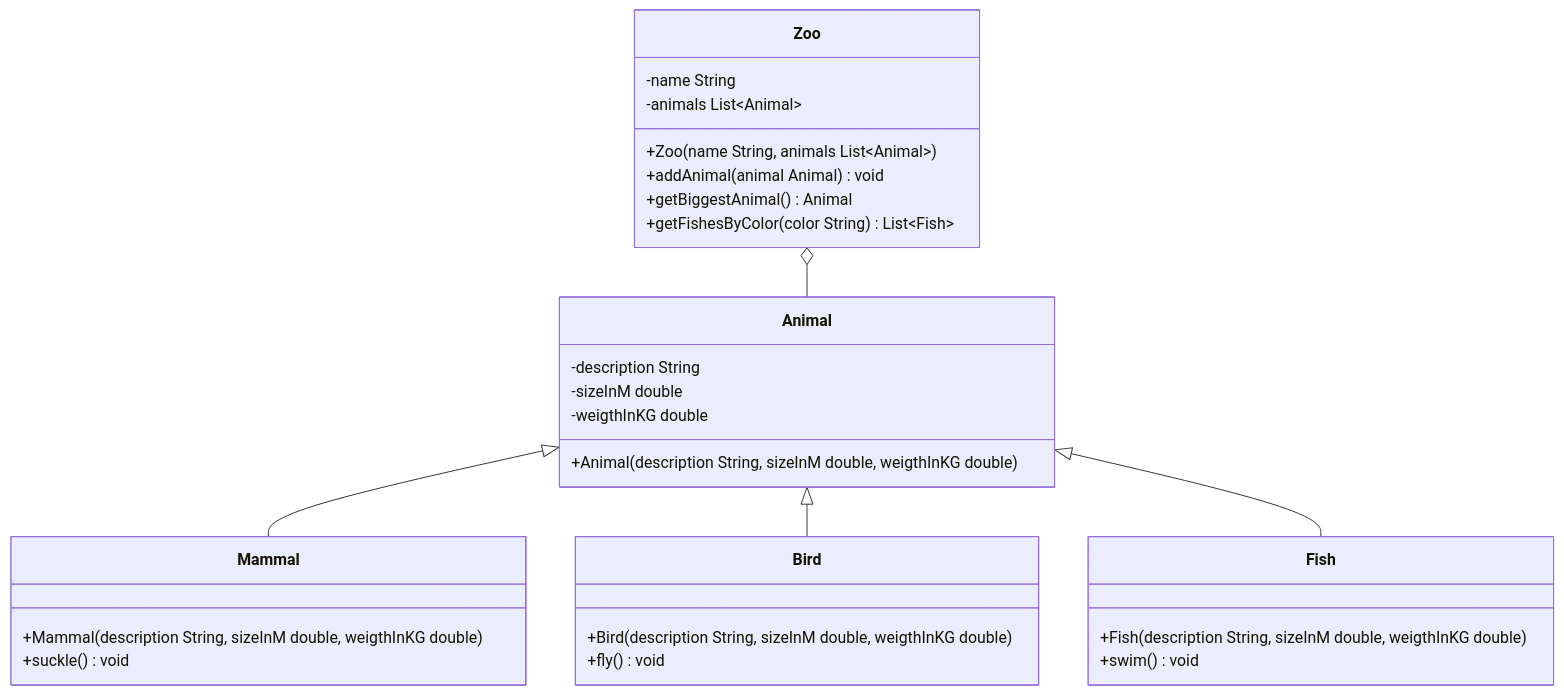
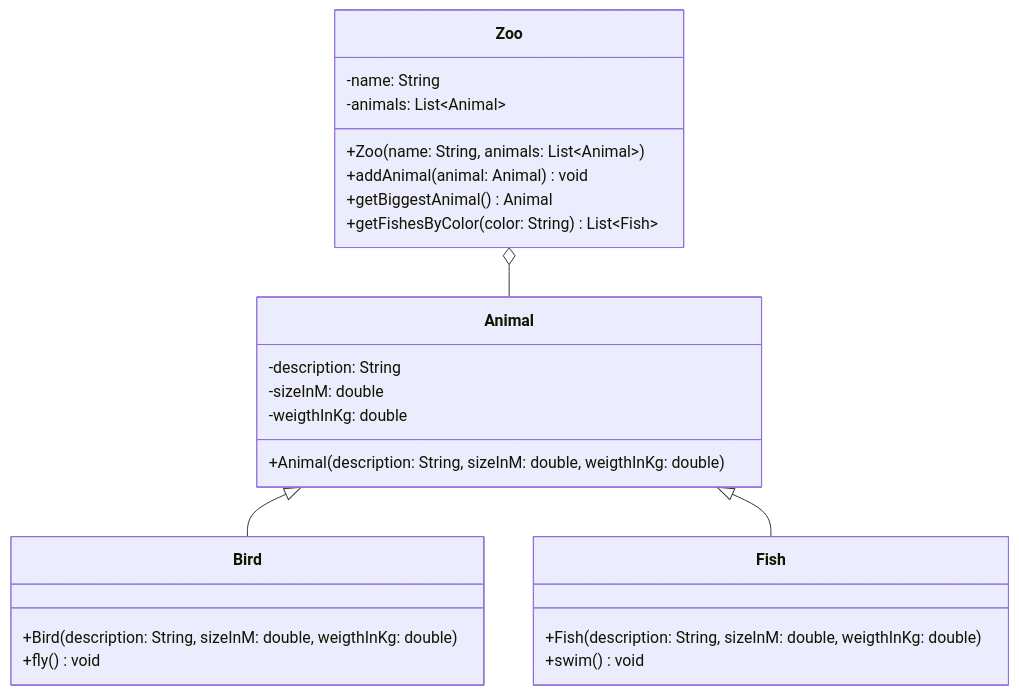
One commit to jappuccini/java-docs changed the diagram in docs/exam-exercises/exam-exercises-java1/zoo.md. Above: the diagram before and after it, drawn with Mermaid. The commit also changed other lines of this file and 76 other files, not shown here.

Commit message:
uml fixes (colons, properties), headline fixes (italic) and exam result updates

````diff
--- a/docs/exam-exercises/exam-exercises-java1/zoo.md
+++ b/docs/exam-exercises/exam-exercises-java1/zoo.md
@@ -12,38 +12,32 @@
 ```mermaid
 classDiagram
     Zoo o-- Animal
-    Animal <|-- Mammal
     Animal <|-- Bird
     Animal <|-- Fish
 
     class Zoo {
-        -name String
-        -animals List~Animal~
-        +Zoo(name String, animals List~Animal~)
-        +addAnimal(animal Animal) void
+        -name: String
+        -animals: List~Animal~
+        +Zoo(name: String, animals: List~Animal~)
+        +addAnimal(animal: Animal) void
         +getBiggestAnimal() Animal
-        +getFishesByColor(color String) List~Fish~
+        +getFishesByColor(color: String) List~Fish~
     }
 
     class Animal {
-        -description String
-        -sizeInM double
-        -weigthInKG double
-        +Animal(description String, sizeInM double, weigthInKG double)
-    }
-
-    class Mammal {
-        +Mammal(description String, sizeInM double, weigthInKG double)
-        +suckle() void
+        -description: String
+        -sizeInM: double
+        -weigthInKg: double
+        +Animal(description: String, sizeInM: double, weigthInKg: double)
     }
 
     class Bird {
-        +Bird(description String, sizeInM double, weigthInKG double)
+        +Bird(description: String, sizeInM: double, weigthInKg: double)
         +fly() void
     }
 
     class Fish {
-        +Fish(description String, sizeInM double, weigthInKG double)
+        +Fish(description: String, sizeInM: double, weigthInKg: double)
         +swim() void
     }
 ```
````
